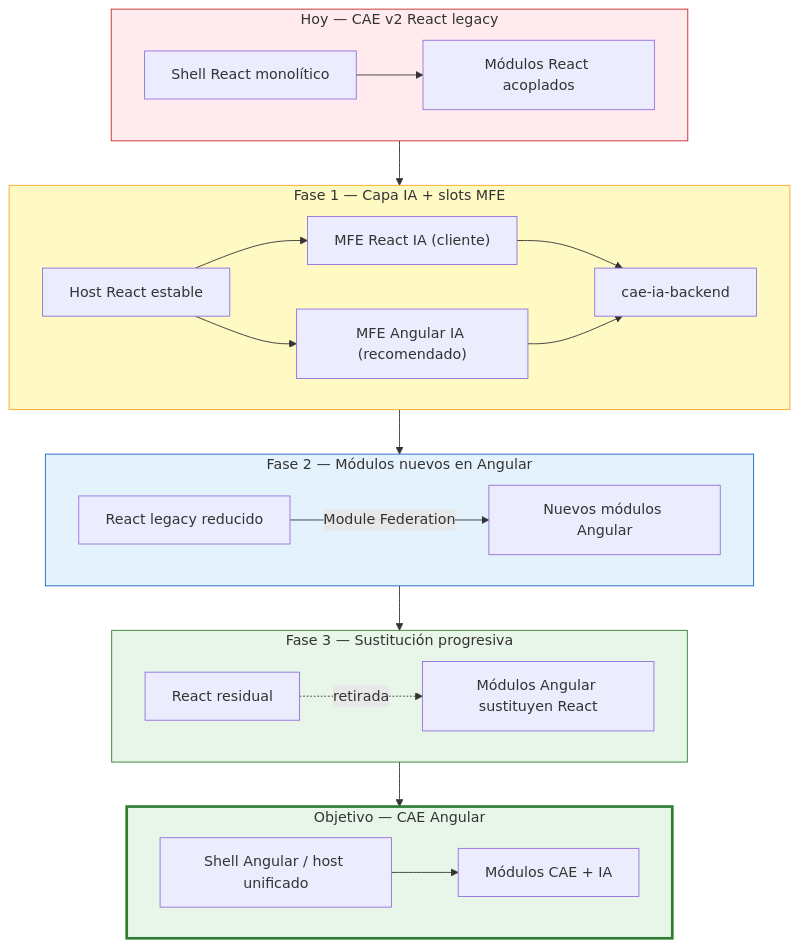
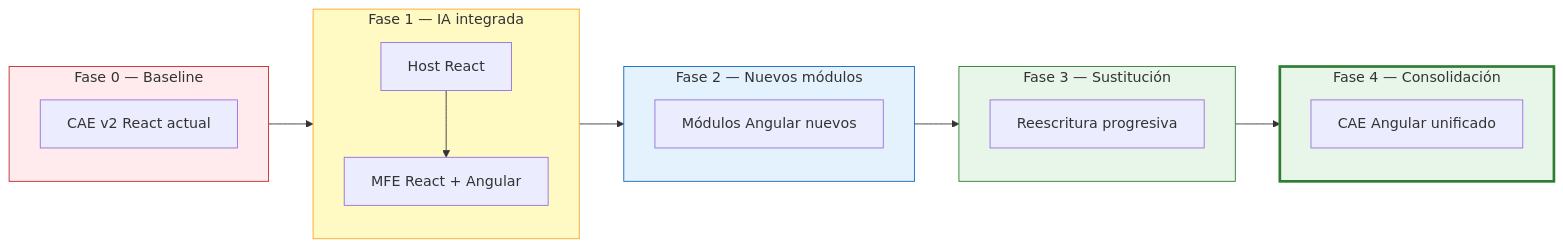
Before and after one commit to angelnietos/erp: the diagram in caedocs/diagrams/08-strangler-migracion.mmd, drawn with Mermaid. The commit also changed 9 other files, not shown here.

```diff
--- a/caedocs/diagrams/08-strangler-migracion.mmd
+++ b/caedocs/diagrams/08-strangler-migracion.mmd
@@ -1,40 +1,30 @@
-flowchart TB
-    subgraph T0["Hoy — CAE v2 React legacy"]
-        R0["Shell React monolítico"]
-        R0M["Módulos React acoplados"]
-        R0 --> R0M
+flowchart LR
+    subgraph F0["Fase 0 — Baseline"]
+        R0["CAE v2 React actual"]
     end
 
-    subgraph T1["Fase 1 — Capa IA + slots MFE"]
-        R1["Host React estable"]
-        MF_R["MFE React IA (cliente)"]
-        MF_A["MFE Angular IA (recomendado)"]
-        BE["cae-ia-backend"]
-        R1 --> MF_R & MF_A
-        MF_R & MF_A --> BE
+    subgraph F1["Fase 1 — IA integrada"]
+        R1["Host React"]
+        MF["MFE React + Angular"]
+        R1 --> MF
     end
 
-    subgraph T2["Fase 2 — Módulos nuevos en Angular"]
-        R2["React legacy reducido"]
-        NG2["Nuevos módulos Angular"]
-        R2 -->|Module Federation| NG2
+    subgraph F2["Fase 2 — Nuevos módulos"]
+        NG2["Módulos Angular nuevos"]
     end
 
-    subgraph T3["Fase 3 — Sustitución progresiva"]
-        R3["React residual"]
-        NG3["Módulos Angular sustituyen React"]
-        R3 -.->|retirada| NG3
+    subgraph F3["Fase 3 — Sustitución"]
+        NG3["Reescritura progresiva"]
     end
 
-    subgraph T4["Objetivo — CAE Angular"]
-        ANG["Shell Angular / host unificado"]
-        ANG --> MOD["Módulos CAE + IA"]
+    subgraph F4["Fase 4 — Consolidación"]
+        ANG["CAE Angular unificado"]
     end
 
-    T0 --> T1 --> T2 --> T3 --> T4
+    F0 --> F1 --> F2 --> F3 --> F4
 
-    style T0 fill:#ffebee,stroke:#c62828
-    style T1 fill:#fff9c4,stroke:#f9a825
-    style T2 fill:#e3f2fd,stroke:#1565c0
-    style T3 fill:#e8f5e9,stroke:#2e7d32
-    style T4 fill:#e8f5e9,stroke:#2e7d32,stroke-width:3px
+    style F0 fill:#ffebee,stroke:#c62828
+    style F1 fill:#fff9c4,stroke:#f9a825
+    style F2 fill:#e3f2fd,stroke:#1565c0
+    style F3 fill:#e8f5e9,stroke:#2e7d32
+    style F4 fill:#e8f5e9,stroke:#2e7d32,stroke-width:3px
```
